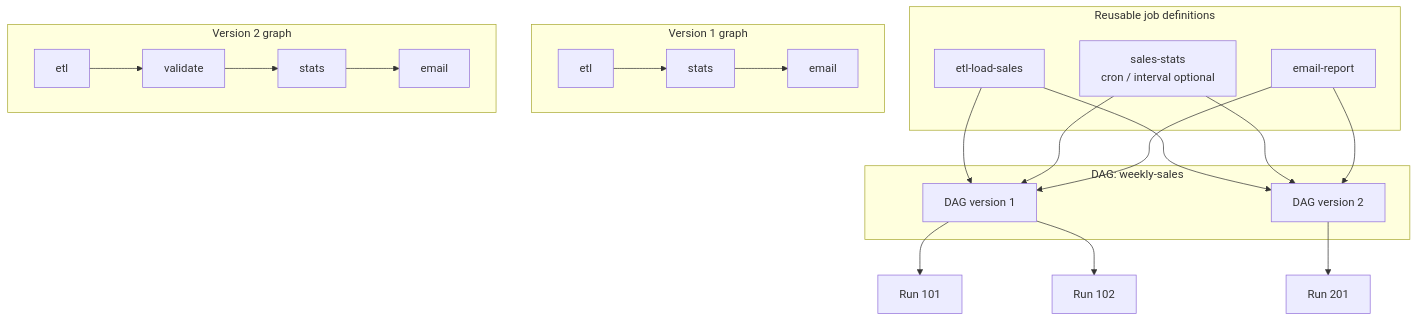
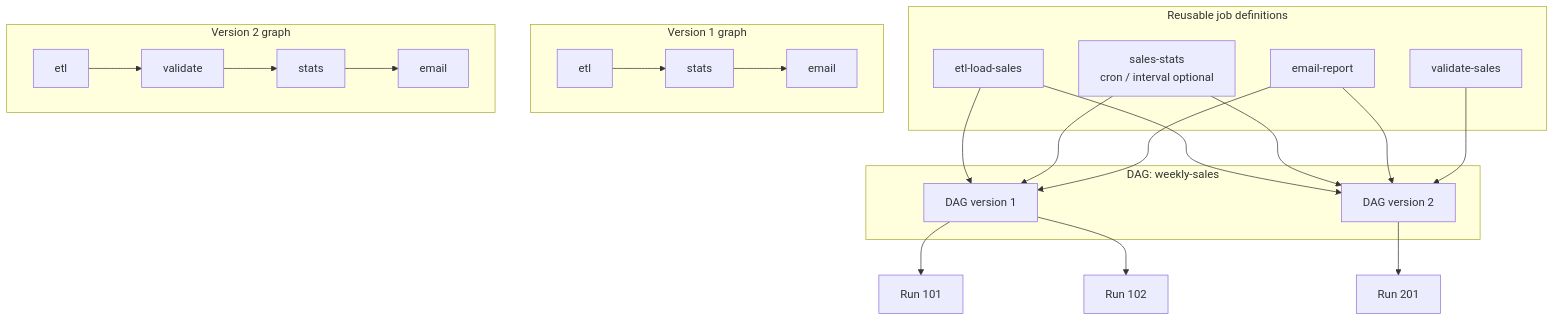
One commit to edkuperman/chronosched changed the second of 6 diagrams in README.md. Above: the diagram before and after it, drawn with Mermaid.

Commit message:
Adds missing job definition in diagram

````diff
--- a/README.md
+++ b/README.md
@@ -197,40 +197,42 @@
 ```mermaid
 flowchart TD
     subgraph Definitions[Reusable job definitions]
         D1[etl-load-sales]
         D2[sales-stats
 cron / interval optional]
         D3[email-report]
+        D4[validate-sales]
     end
 
     subgraph DAG[DAG: weekly-sales]
         V1[DAG version 1]
         V2[DAG version 2]
     end
 
     D1 --> V1
     D2 --> V1
     D3 --> V1
     D1 --> V2
     D2 --> V2
     D3 --> V2
+    D4 --> V2
 
     subgraph Version1Graph[Version 1 graph]
         V1A[etl]
         V1B[stats]
         V1C[email]
         V1A --> V1B --> V1C
     end
 
     subgraph Version2Graph[Version 2 graph]
         V2A[etl]
         V2B[validate]
         V2C[stats]
         V2D[email]
         V2A --> V2B --> V2C --> V2D
     end
 
     V1 --> Run1[Run 101]
     V1 --> Run2[Run 102]
     V2 --> Run3[Run 201]
 ```
````
